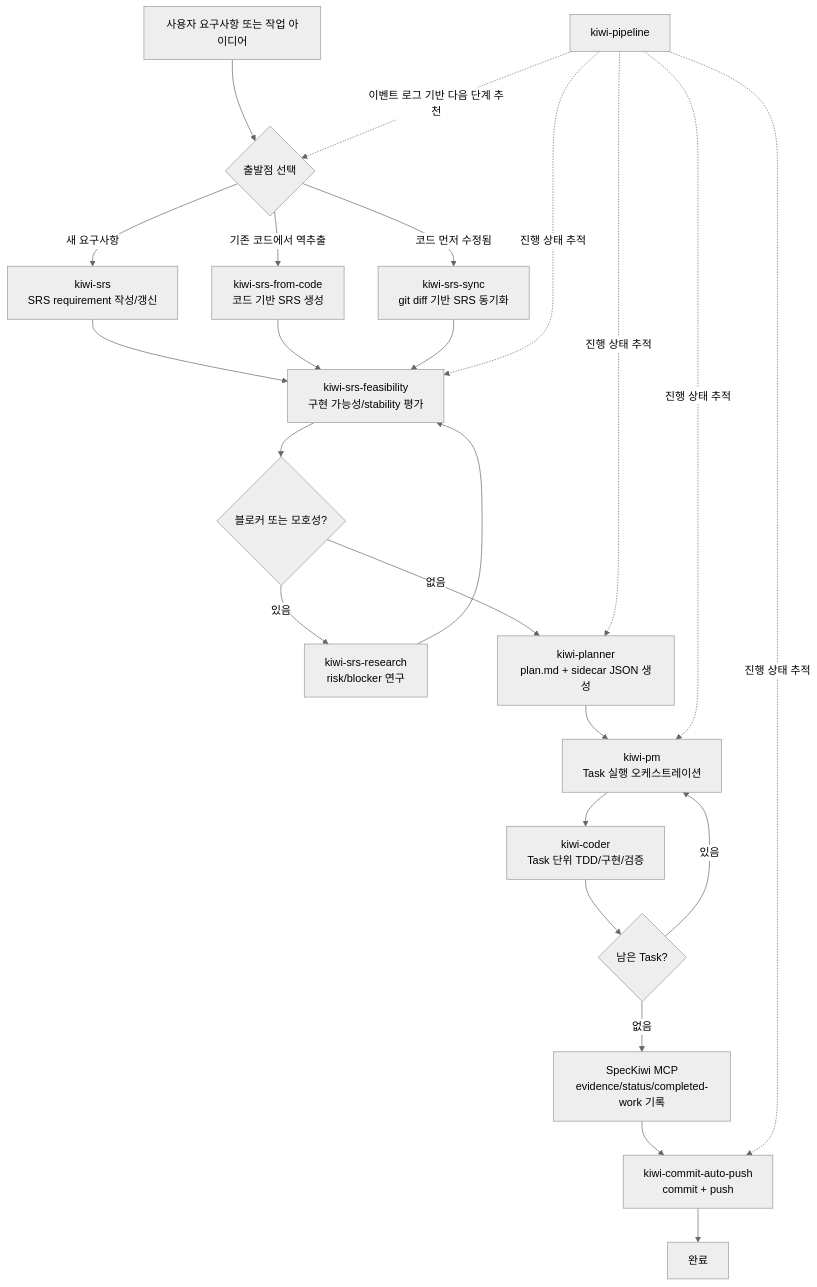
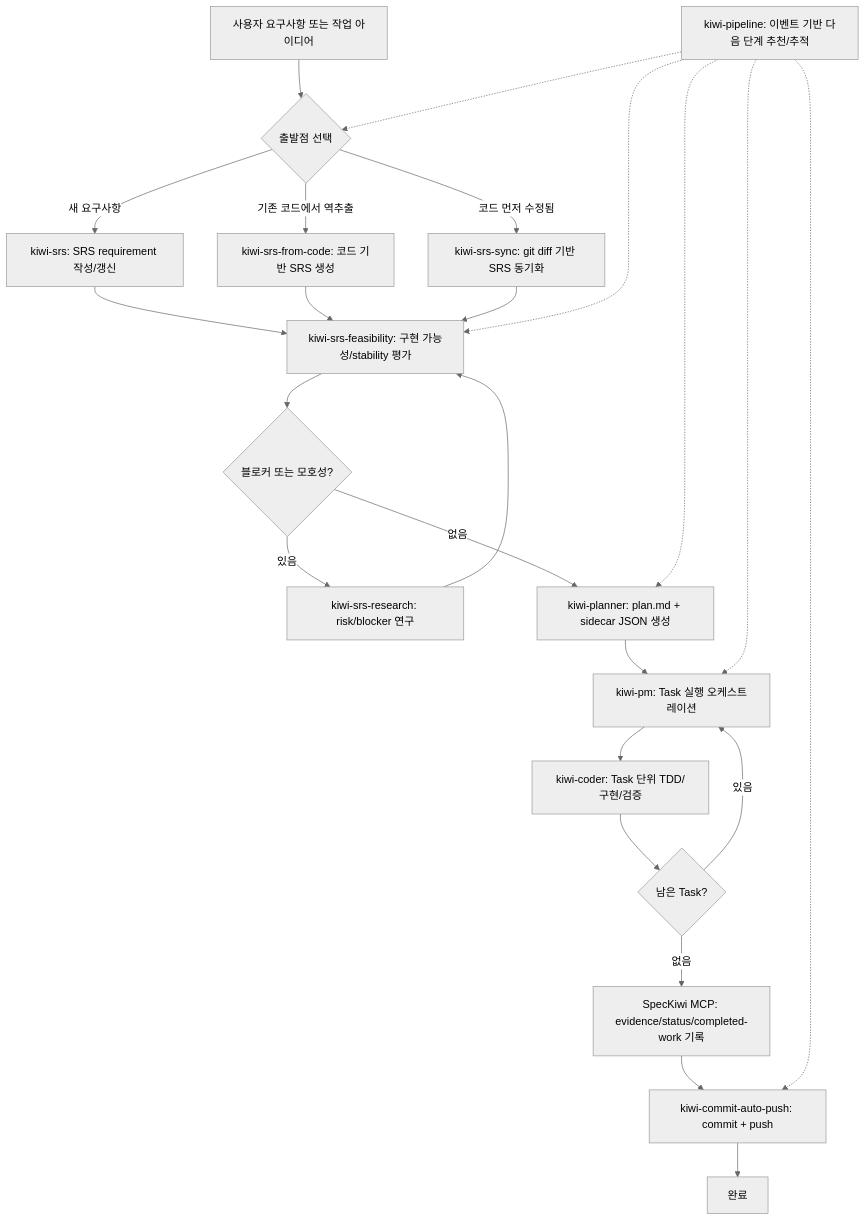
The first of 4 diagrams in README.md (Snoworca/speckiwi), drawn with Mermaid (neutral theme) before and after one commit. The commit also changed other lines of this file, not shown here.

First line of the commit message:
docs: README Mermaid 다이어그램을 GitHub 호환 문법으로 고친다

````diff
--- a/README.md
+++ b/README.md
@@ -164,30 +164,30 @@
 ```mermaid
 flowchart TD
-    A[사용자 요구사항 또는 작업 아이디어] --> B{출발점 선택}
-    B -->|새 요구사항| C[kiwi-srs<br/>SRS requirement 작성/갱신]
-    B -->|기존 코드에서 역추출| D[kiwi-srs-from-code<br/>코드 기반 SRS 생성]
-    B -->|코드 먼저 수정됨| E[kiwi-srs-sync<br/>git diff 기반 SRS 동기화]
+    A["사용자 요구사항 또는 작업 아이디어"] --> B{"출발점 선택"}
+    B -->|새 요구사항| C["kiwi-srs: SRS requirement 작성/갱신"]
+    B -->|기존 코드에서 역추출| D["kiwi-srs-from-code: 코드 기반 SRS 생성"]
+    B -->|코드 먼저 수정됨| E["kiwi-srs-sync: git diff 기반 SRS 동기화"]
 
-    C --> F[kiwi-srs-feasibility<br/>구현 가능성/stability 평가]
+    C --> F["kiwi-srs-feasibility: 구현 가능성/stability 평가"]
     D --> F
     E --> F
 
-    F --> G{블로커 또는 모호성?}
-    G -->|있음| H[kiwi-srs-research<br/>risk/blocker 연구]
+    F --> G{"블로커 또는 모호성?"}
+    G -->|있음| H["kiwi-srs-research: risk/blocker 연구"]
     H --> F
-    G -->|없음| I[kiwi-planner<br/>plan.md + sidecar JSON 생성]
+    G -->|없음| I["kiwi-planner: plan.md + sidecar JSON 생성"]
 
-    I --> J[kiwi-pm<br/>Task 실행 오케스트레이션]
-    J --> K[kiwi-coder<br/>Task 단위 TDD/구현/검증]
-    K --> L{남은 Task?}
+    I --> J["kiwi-pm: Task 실행 오케스트레이션"]
+    J --> K["kiwi-coder: Task 단위 TDD/구현/검증"]
+    K --> L{"남은 Task?"}
     L -->|있음| J
-    L -->|없음| M[SpecKiwi MCP<br/>evidence/status/completed-work 기록]
-    M --> N[kiwi-commit-auto-push<br/>commit + push]
-    N --> O[완료]
+    L -->|없음| M["SpecKiwi MCP: evidence/status/completed-work 기록"]
+    M --> N["kiwi-commit-auto-push: commit + push"]
+    N --> O["완료"]
 
-    P[kiwi-pipeline] -.이벤트 로그 기반 다음 단계 추천.-> B
-    P -.진행 상태 추적.-> F
-    P -.진행 상태 추적.-> I
-    P -.진행 상태 추적.-> J
-    P -.진행 상태 추적.-> N
+    P["kiwi-pipeline: 이벤트 기반 다음 단계 추천/추적"] -.-> B
+    P -.-> F
+    P -.-> I
+    P -.-> J
+    P -.-> N
 ```
````
